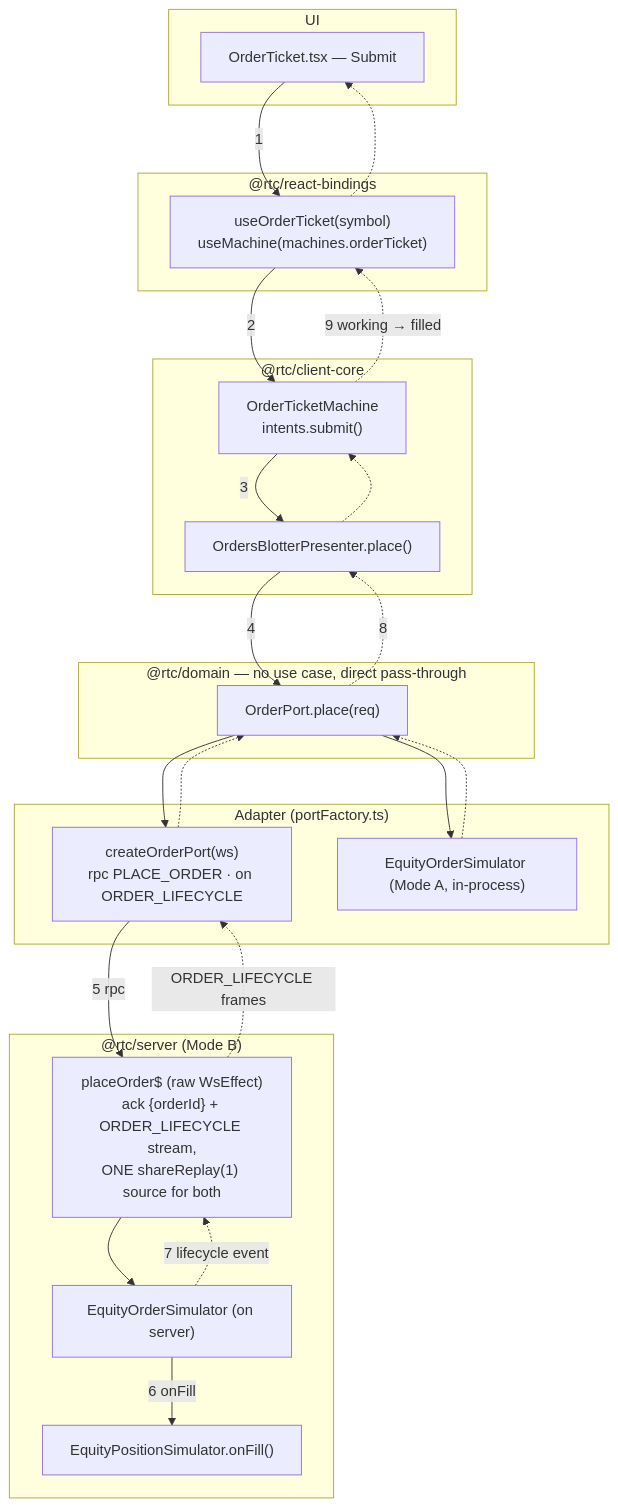
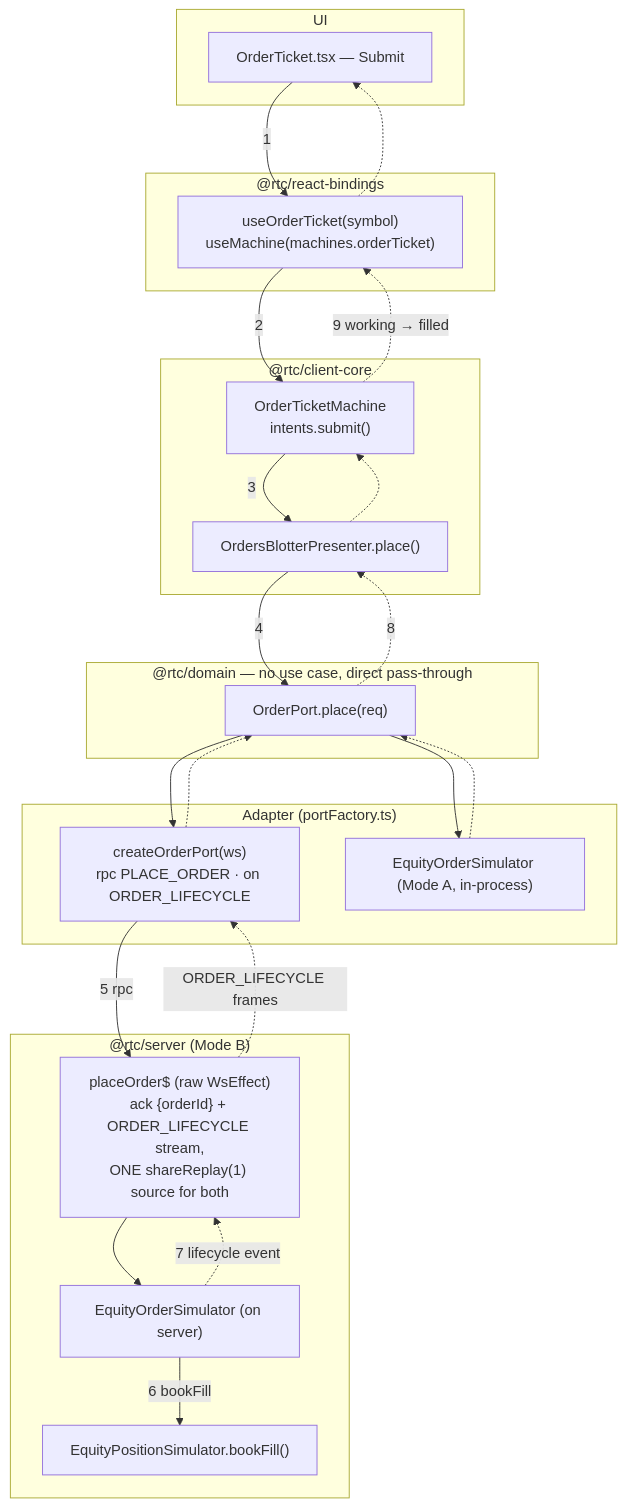
Before and after one commit to bettersoftware-io/ReactiveTraderCloudClone: the fifth of 6 diagrams in docs/architecture/15-flows.md, drawn with Mermaid. The commit also changed other lines of this file and 8 other files, not shown here.

First line of the commit message:
refactor(domain): name EquityPositionSimulator handlers by effect

````diff
--- a/docs/architecture/15-flows.md
+++ b/docs/architecture/15-flows.md
@@ -212,32 +212,32 @@
 ```mermaid
 flowchart TB
     subgraph ui["UI"]
         ticket["OrderTicket.tsx — Submit"]:::ui
     end
     subgraph bindings["@rtc/react-bindings"]
         hook["useOrderTicket(symbol)<br/>useMachine(machines.orderTicket)"]:::bridge
     end
     subgraph core["@rtc/client-core"]
         machine["OrderTicketMachine<br/>intents.submit()"]:::core
         blotterPres["OrdersBlotterPresenter.place()"]:::core
     end
     subgraph domainL["@rtc/domain — no use case, direct pass-through"]
         port["OrderPort.place(req)"]:::domain
     end
     subgraph adapters["Adapter (portFactory.ts)"]
         wsOrder["createOrderPort(ws)<br/>rpc PLACE_ORDER · on ORDER_LIFECYCLE"]:::server
         simOrder["EquityOrderSimulator (Mode A, in-process)"]:::domain
     end
     subgraph serverL["@rtc/server (Mode B)"]
         placeEffect["placeOrder$ (raw WsEffect)<br/>ack {orderId} + ORDER_LIFECYCLE stream,<br/>ONE shareReplay(1) source for both"]:::server
         orderSim["EquityOrderSimulator (on server)"]:::domain
-        posSim["EquityPositionSimulator.onFill()"]:::domain
+        posSim["EquityPositionSimulator.bookFill()"]:::domain
     end
 
     ticket -->|"1"| hook -->|"2"| machine -->|"3"| blotterPres -->|"4"| port --> wsOrder & simOrder
-    wsOrder -->|"5 rpc"| placeEffect --> orderSim -->|"6 onFill"| posSim
+    wsOrder -->|"5 rpc"| placeEffect --> orderSim -->|"6 bookFill"| posSim
     orderSim -.->|"7 lifecycle event"| placeEffect -.->|"ORDER_LIFECYCLE frames"| wsOrder
     wsOrder -.-> port
     simOrder -.-> port
     port -.->|"8"| blotterPres -.-> machine -.->|"9 working → filled"| hook -.-> ticket
 ```
````
